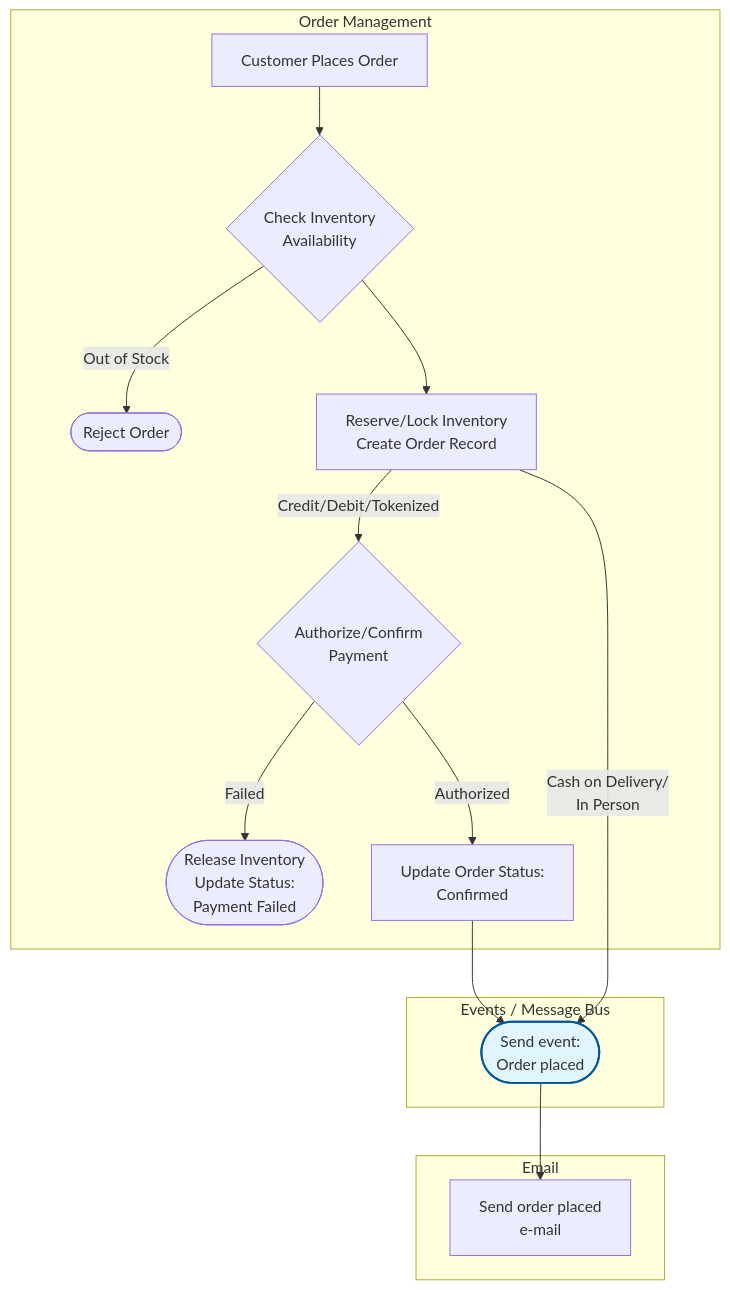
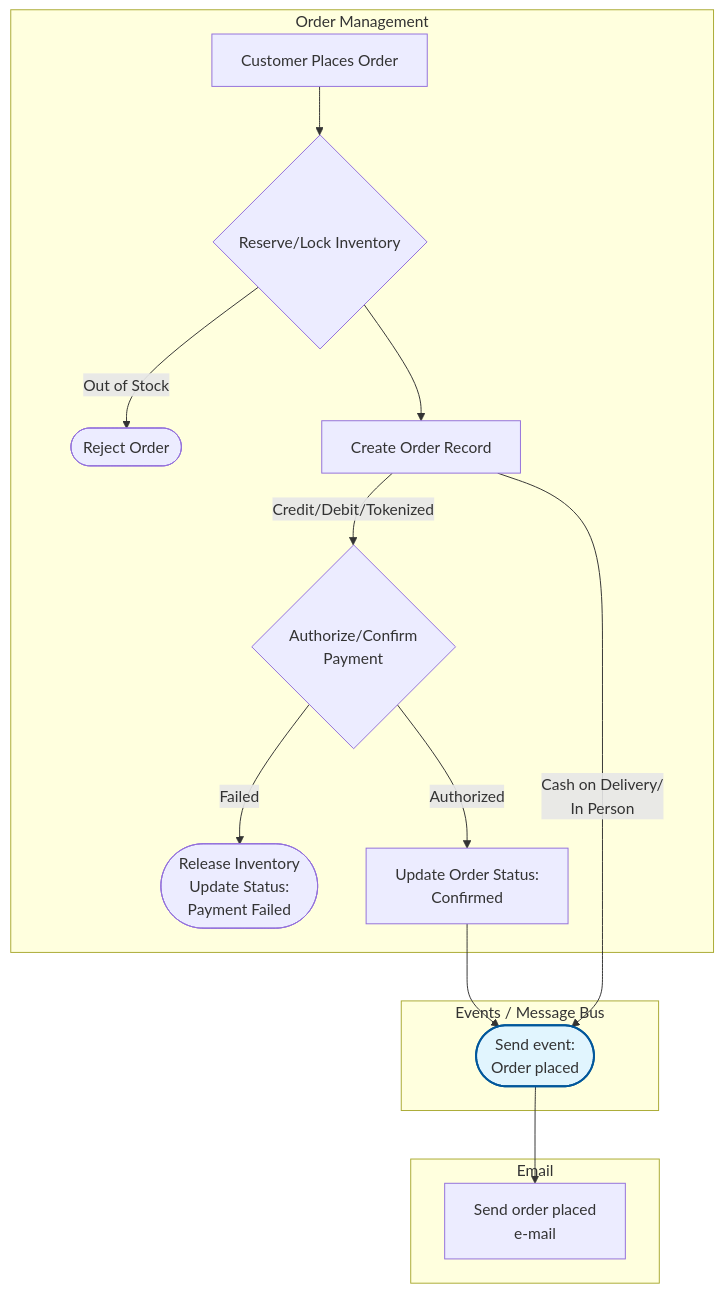
One commit to RobertoFreireDev/Order-Management changed the first of 3 diagrams in README.md. Above: the diagram before and after it, drawn with Mermaid. The commit also changed other lines of this file, not shown here.

Commit message:
It should have 2 status columns: Order Status and Payment Status

````diff
--- a/README.md
+++ b/README.md
@@ -5,36 +5,36 @@
 ```mermaid
 flowchart TD
     %% Subgraph Styling
     classDef event fill:#e1f5fe,stroke:#01579b,stroke-width:2px;
     classDef logic fill:#f5f5f5,stroke:#333,stroke-width:1px;
     classDef fulfill fill:#fff3e0,stroke:#ef6c00,stroke-width:1px;
     classDef note fill:#f9fbe7,stroke:#827717,stroke-width:1px;
 
     subgraph Order_Management [Order Management]
-        A[Customer Places Order] --> B{Check Inventory<br/>Availability}
+        A[Customer Places Order] --> B{Reserve/Lock Inventory}
         B -->|Out of Stock| C([Reject Order])
-        B --> D[Reserve/Lock Inventory <br/>Create Order Record]
+        B --> D[Create Order Record]
         
         D --> |"Credit/Debit/Tokenized"| E{Authorize/Confirm<br/>Payment}
         E -->|Failed| F([Release Inventory<br/>Update Status: <br/>Payment Failed])
         E -->|Authorized| G[Update Order Status:<br/>Confirmed]
     end
 
     subgraph Events [Events / Message Bus]
         H([Send event:<br/>Order placed])
     end
 
     subgraph Email [Email]
         I[Send order placed<br/>e-mail]
     end
 
     %% Logic to Events
     G --> H
     D --> |"Cash on Delivery/<br/>In Person"| H
     
     %% Event Distribution
     H --> I
 
     %% Class Assignments
     class H event;
 ```
````
